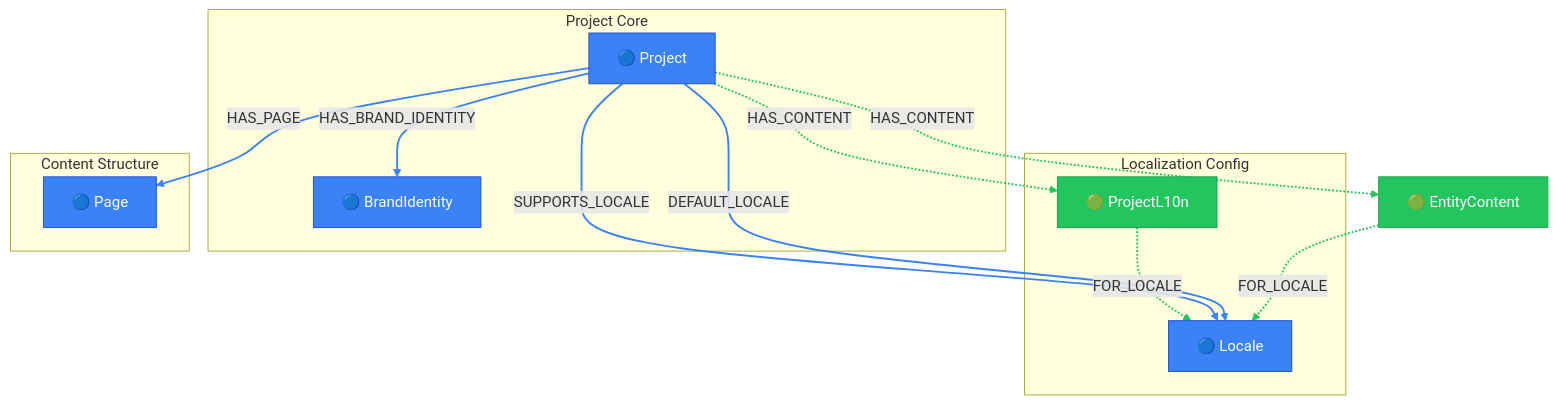
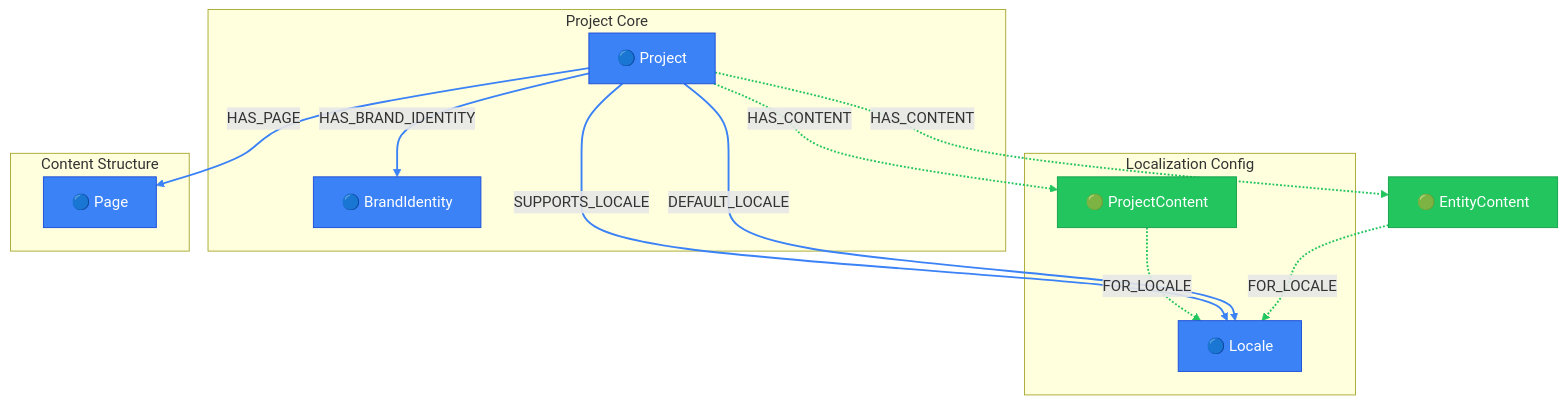
The diagram in packages/core/models/docs/project-context.md (supernovae-st/novanet), drawn with Mermaid before and after one commit. The commit also changed other lines of this file and 36 other files, not shown here.

First line of the commit message:
refactor(v11): rename ProjectL10n → ProjectContent for consistency

````diff
--- a/packages/core/models/docs/project-context.md
+++ b/packages/core/models/docs/project-context.md
@@ -25,51 +25,51 @@
 ```mermaid
 flowchart TB
   %% View: Project Context (project-context)
   %% 6 nodes, 8 arcs
 
   %% Trait styling (node_trait)
   classDef invariant fill:#3b82f6,stroke:#1d4ed8,color:#fff
   classDef localized fill:#22c55e,stroke:#16a34a,color:#fff
   classDef knowledge fill:#8b5cf6,stroke:#7c3aed,color:#fff
   classDef derived fill:#9ca3af,stroke:#6b7280,color:#fff
   classDef job fill:#6b7280,stroke:#4b5563,color:#fff
 
   subgraph PROJECT_CORE["Project Core"]
     Project["🔵 Project"]
     BrandIdentity["🔵 BrandIdentity"]
   end
 
   subgraph LOCALIZATION_CONFIG["Localization Config"]
-    ProjectL10n["🟢 ProjectL10n"]
+    ProjectContent["🟢 ProjectContent"]
     Locale["🔵 Locale"]
   end
 
   subgraph CONTENT_STRUCTURE["Content Structure"]
     Page["🔵 Page"]
   end
 
   %% Additional reachable nodes
   EntityContent["🟢 EntityContent"]
 
   %% Relationships (styled by arc family)
   EntityContent -.->|FOR_LOCALE| Locale
   Project -->|DEFAULT_LOCALE| Locale
   Project -->|HAS_BRAND_IDENTITY| BrandIdentity
   Project -.->|HAS_CONTENT| EntityContent
-  Project -.->|HAS_CONTENT| ProjectL10n
+  Project -.->|HAS_CONTENT| ProjectContent
   Project -->|HAS_PAGE| Page
   Project -->|SUPPORTS_LOCALE| Locale
-  ProjectL10n -.->|FOR_LOCALE| Locale
+  ProjectContent -.->|FOR_LOCALE| Locale
 
   %% Arc colors by family
   linkStyle 0,3,4,7 stroke:#22c55e,stroke-width:2px
   linkStyle 1,2,5,6 stroke:#3b82f6,stroke-width:2px
 
   %% Class assignments
   class BrandIdentity invariant
   class EntityContent localized
   class Locale invariant
   class Page invariant
   class Project invariant
-  class ProjectL10n localized
+  class ProjectContent localized
 ```
````
